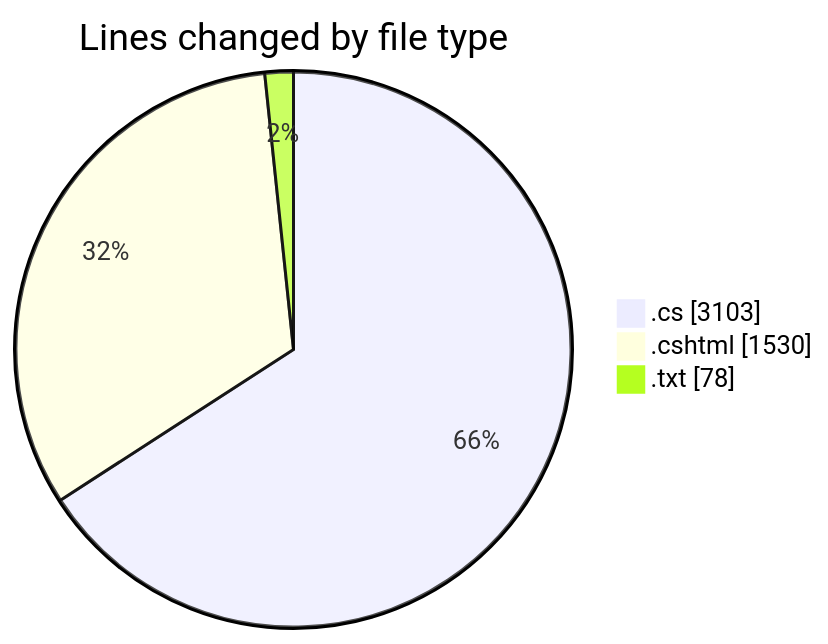
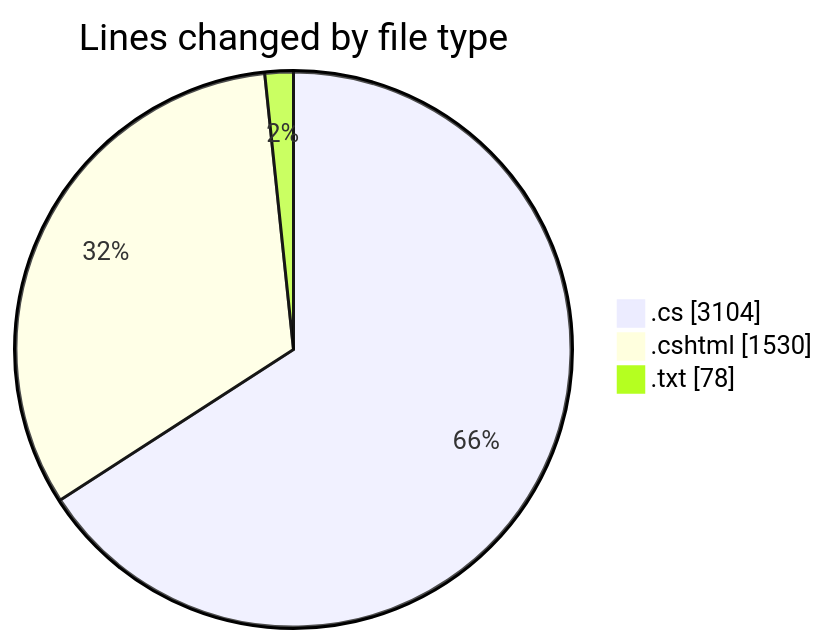
The first of 2 diagrams in 2025-07-28/quanlyrapchieuphim-1/README.md (lephambinh05/code-tracking), drawn with Mermaid before and after one commit. The commit also changed other lines of this file and 1 other file, not shown here.

````diff
--- a/2025-07-28/quanlyrapchieuphim-1/README.md
+++ b/2025-07-28/quanlyrapchieuphim-1/README.md
@@ -32,7 +32,7 @@
 ```mermaid
 pie showData
 title Lines changed by file type
-".cs" : 3103
+".cs" : 3104
 ".cshtml" : 1530
 ".txt" : 78
 ```
````
